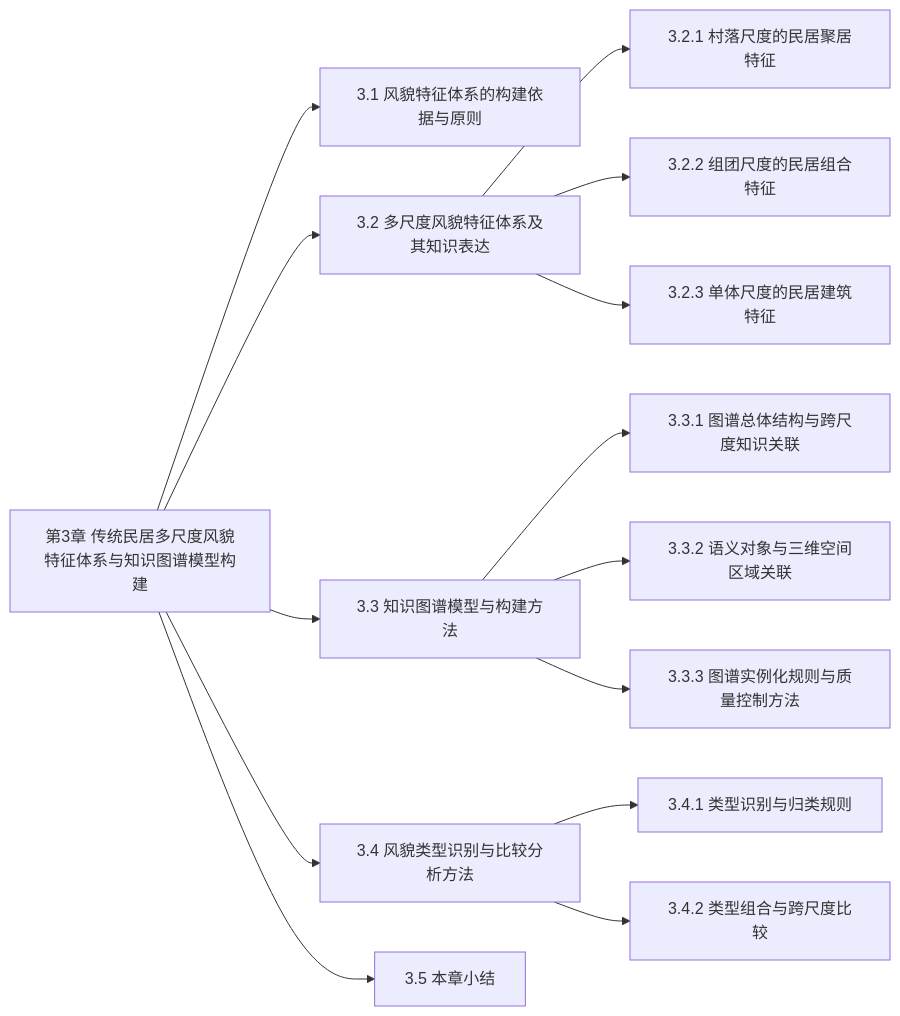
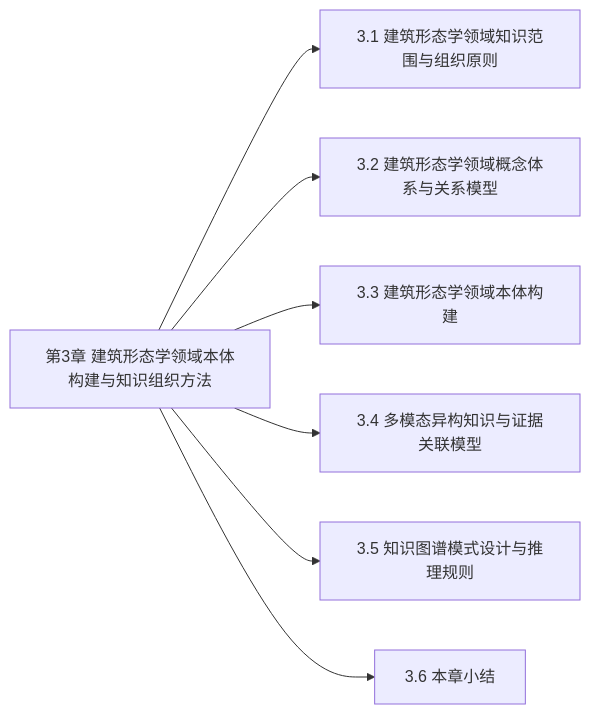
The diagram in 论文章节/章节导航/03-体系与模型.md (WYLINX601/Linx_paper), drawn with Mermaid before and after one commit. The commit also changed other lines of this file and 147 other files, not shown here.

````diff
--- a/论文章节/章节导航/03-体系与模型.md
+++ b/论文章节/章节导航/03-体系与模型.md
@@ -92,30 +84,16 @@
 ```mermaid
 flowchart LR
-  chapter-3["第3章 传统民居多尺度风貌特征体系与知识图谱模型构建"]
-  section-3-2["3.1 风貌特征体系的构建依据与原则"]
-  chapter-3 --> section-3-2
-  section-3-multiscale["3.2 多尺度风貌特征体系及其知识表达"]
-  chapter-3 --> section-3-multiscale
-  section-3-village["3.2.1 村落尺度的民居聚居特征"]
-  section-3-multiscale --> section-3-village
-  section-3-group["3.2.2 组团尺度的民居组合特征"]
-  section-3-multiscale --> section-3-group
-  section-3-building["3.2.3 单体尺度的民居建筑特征"]
-  section-3-multiscale --> section-3-building
-  section-3-graph-methods["3.3 知识图谱模型与构建方法"]
-  chapter-3 --> section-3-graph-methods
-  section-3-3["3.3.1 图谱总体结构与跨尺度知识关联"]
-  section-3-graph-methods --> section-3-3
-  section-3-spatial-association["3.3.2 语义对象与三维空间区域关联"]
-  section-3-graph-methods --> section-3-spatial-association
-  section-3-4["3.3.3 图谱实例化规则与质量控制方法"]
-  section-3-graph-methods --> section-3-4
-  section-3-type-methods["3.4 风貌类型识别与比较分析方法"]
-  chapter-3 --> section-3-type-methods
-  sub-type-classification["3.4.1 类型识别与归类规则"]
-  section-3-type-methods --> sub-type-classification
-  sub-type-comparison["3.4.2 类型组合与跨尺度比较"]
-  section-3-type-methods --> sub-type-comparison
-  section-3-5["3.5 本章小结"]
+  chapter-3["第3章 建筑形态学领域本体构建与知识组织方法"]
+  section-3-knowledge-scope["3.1 建筑形态学领域知识范围与组织原则"]
+  chapter-3 --> section-3-knowledge-scope
+  section-3-concept-model["3.2 建筑形态学领域概念体系与关系模型"]
+  chapter-3 --> section-3-concept-model
+  section-3-ontology["3.3 建筑形态学领域本体构建"]
+  chapter-3 --> section-3-ontology
+  section-3-multimodal-evidence["3.4 多模态异构知识与证据关联模型"]
+  chapter-3 --> section-3-multimodal-evidence
+  section-3-schema-rules["3.5 知识图谱模式设计与推理规则"]
+  chapter-3 --> section-3-schema-rules
+  section-3-5["3.6 本章小结"]
   chapter-3 --> section-3-5
 ```
````
